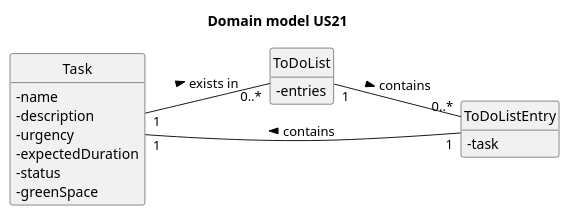
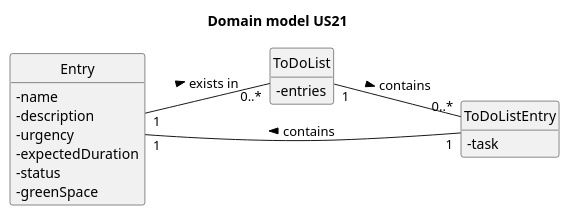
Before and after one commit to rpedros02/lei-24-s2-1DL-g08: the diagram in docs/sprintC/us021/02.analysis/puml/us021-domain-model.puml, drawn with PlantUML. The commit also changed 15 other files, not shown here.

```diff
--- a/docs/sprintC/us021/02.analysis/puml/us021-domain-model.puml
+++ b/docs/sprintC/us021/02.analysis/puml/us021-domain-model.puml
@@ -1,36 +1,36 @@
 @startuml
 skinparam monochrome true
 skinparam packageStyle rectangle
 skinparam shadowing false
 
 left to right direction
 
 skinparam classAttributeIconSize 0
 
 hide circle
 hide methods
 
 title Domain model US21
 
-class "Task" {
+class "Entry" {
     -name
     -description
     -urgency
     -expectedDuration
     -status
     -greenSpace
 }
 
 class "ToDoListEntry" {
     -task
 }
 
 class "ToDoList" {
     -entries
 }
 
 
-Task "1" -- "0..*" ToDoList : exists in >
+Entry "1" -- "0..*" ToDoList : exists in >
 ToDoList "1" -- "0..*" ToDoListEntry : contains >
-ToDoListEntry "1" -- "1" Task : contains >
+ToDoListEntry "1" -- "1" Entry : contains >
 @enduml
```
